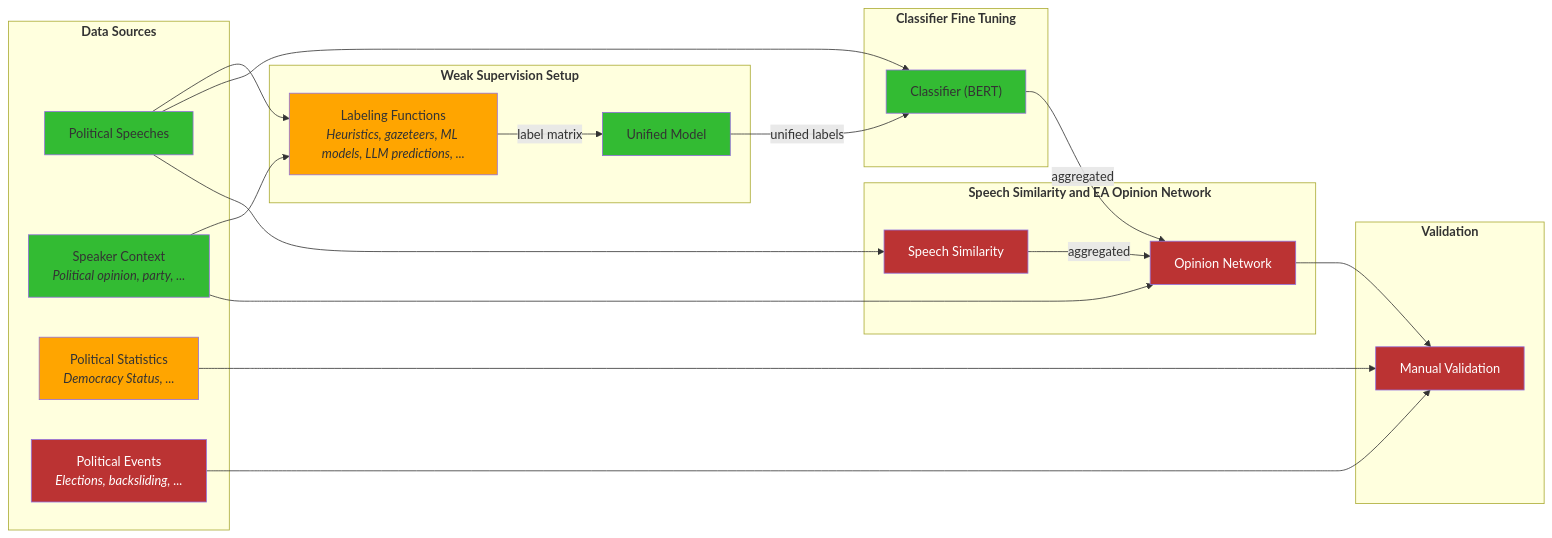
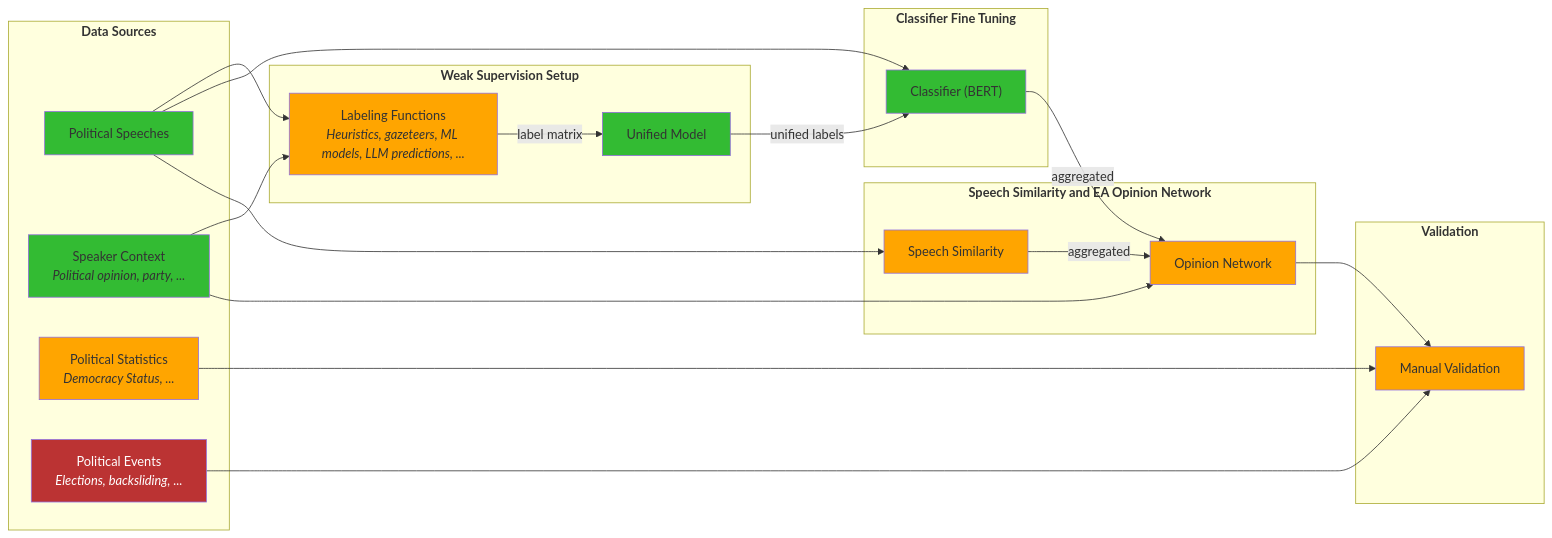
Before and after one commit to MozesCsaszar/MPExecutiveAggrandismentOpinionExtraction: the first of 3 diagrams in README.md, drawn with Mermaid. The commit also changed other lines of this file and 12 other files, not shown here.

````diff
--- a/README.md
+++ b/README.md
@@ -15,49 +15,49 @@
 ```mermaid
 graph LR
     subgraph Sources["<b>Data Sources</b>"]
         S1["Political Speeches"]
         S2["Speaker Context<br/><i>Political opinion, party, ...</i>"]
         S3["Political Statistics<br/><i>Democracy Status, ...</i>"]
         S4["Political Events<br/><i>Elections, backsliding, ...</i>"]
     end
 
     subgraph WS["<b>Weak Supervision Setup</b>"]
         WS1["Labeling Functions<br/><i>Heuristics, gazeteers, ML models, LLM predictions, ...</i>"]
         WS2["Unified Model"]
     end
 
     subgraph Class["<b>Classifier Fine Tuning</b>"]
         C1["Classifier (BERT)"]
     end
 
     subgraph OpinionNetwork["<b>Speech Similarity and EA Opinion Network</b>"]
         ON1["Speech Similarity"]
         ON2["Opinion Network"]
     end
 
     subgraph Valid["<b>Validation</b>"]
         V1["Manual Validation"]
     end
 
     S1 --> WS1
     S2 --> WS1
     WS1 --> |"label matrix"| WS2
     S1 --> C1
     WS2 --> |"unified labels"| C1
     S1 --> ON1
     ON1 --> |"aggregated"| ON2
     C1 --> |"aggregated"| ON2
     S2 --> ON2
     ON2 --> V1
     S3 --> V1
     S4 --> V1
 
     classDef Done fill:#33bb33
     class S1,S2,WS2,C1 Done
 
     classDef InProgress fill:#ffa500
-    class S3,WS1 InProgress
+    class S3,WS1,ON1,ON2,V1 InProgress
 
     classDef NotStarted fill:#bb3333,color:#fff
-    class S4,ON1,ON2,V1 NotStarted
+    class S4 NotStarted
 ```
````
